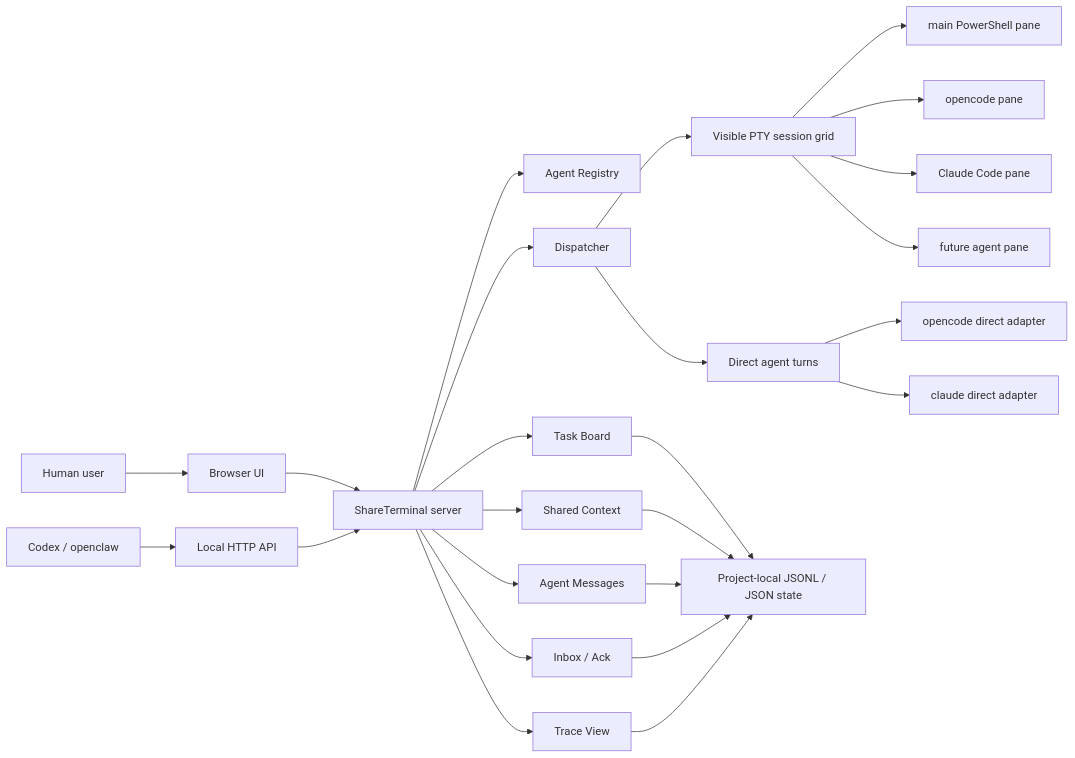
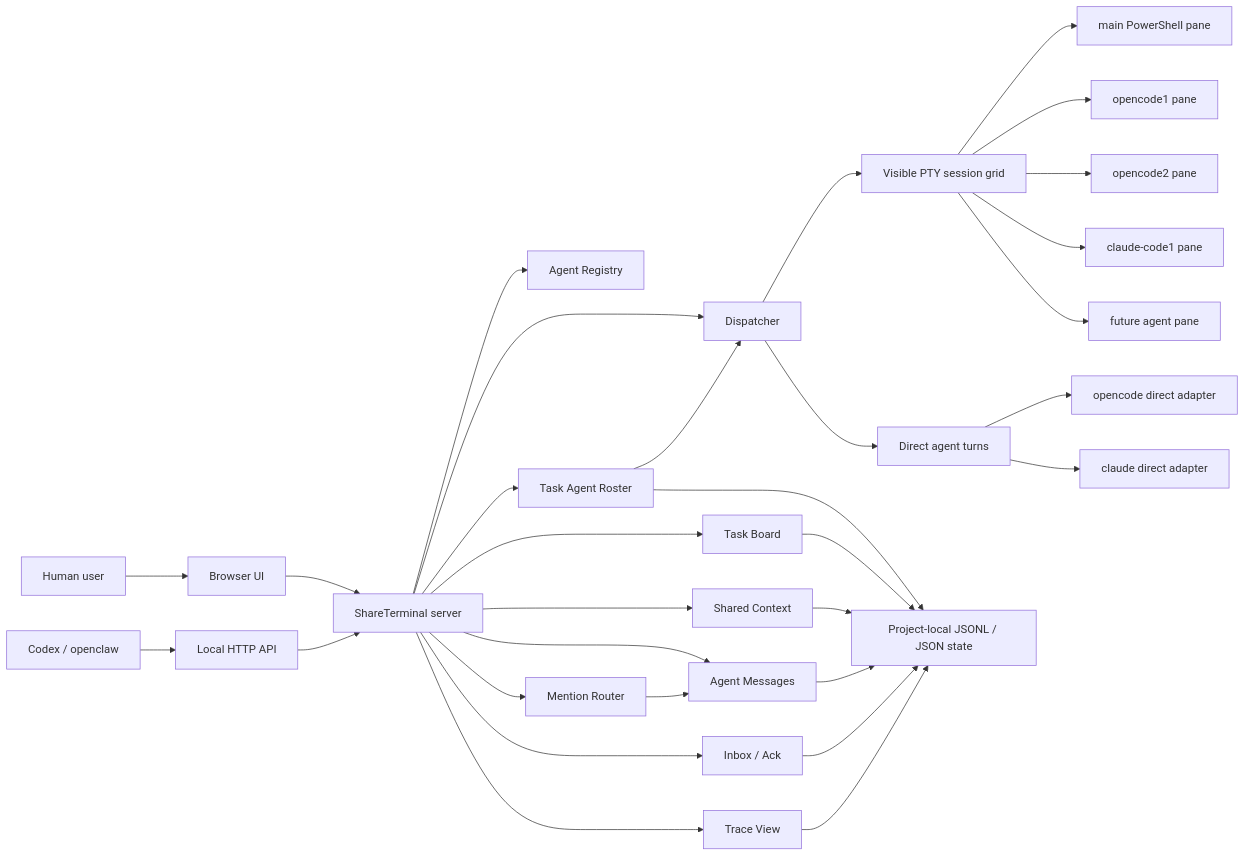
One commit to Drew593990/codex-shared-Terminal changed the diagram in docs/phase2/agent-team-plan.md. Above: the diagram before and after it, drawn with Mermaid. The commit also changed other lines of this file, not shown here.

Commit message:
docs: define repeatable team agent workflow

````diff
--- a/docs/phase2/agent-team-plan.md
+++ b/docs/phase2/agent-team-plan.md
@@ -114,33 +128,39 @@
 ```mermaid
 flowchart LR
   User["Human user"] --> UI["Browser UI"]
   Codex["Codex / openclaw"] --> API["Local HTTP API"]
 
   UI --> Server["ShareTerminal server"]
   API --> Server
 
   Server --> Registry["Agent Registry"]
+  Server --> Roster["Task Agent Roster"]
   Server --> Board["Task Board"]
+  Server --> Mentions["Mention Router"]
   Server --> Dispatcher["Dispatcher"]
   Server --> Context["Shared Context"]
   Server --> Messages["Agent Messages"]
   Server --> Inbox["Inbox / Ack"]
   Server --> Trace["Trace View"]
 
+  Roster --> Dispatcher
+  Mentions --> Messages
   Dispatcher --> Sessions["Visible PTY session grid"]
   Dispatcher --> Direct["Direct agent turns"]
 
   Sessions --> PowerShell["main PowerShell pane"]
-  Sessions --> OpenCodeTui["opencode pane"]
-  Sessions --> ClaudeTui["Claude Code pane"]
+  Sessions --> OpenCode1["opencode1 pane"]
+  Sessions --> OpenCode2["opencode2 pane"]
+  Sessions --> Claude1["claude-code1 pane"]
   Sessions --> AgentN["future agent pane"]
 
   Direct --> OpenCodeRun["opencode direct adapter"]
   Direct --> ClaudeRun["claude direct adapter"]
 
+  Roster --> Disk["Project-local JSONL / JSON state"]
   Board --> Disk["Project-local JSONL / JSON state"]
   Context --> Disk
   Messages --> Disk
   Inbox --> Disk
   Trace --> Disk
 ```
````
